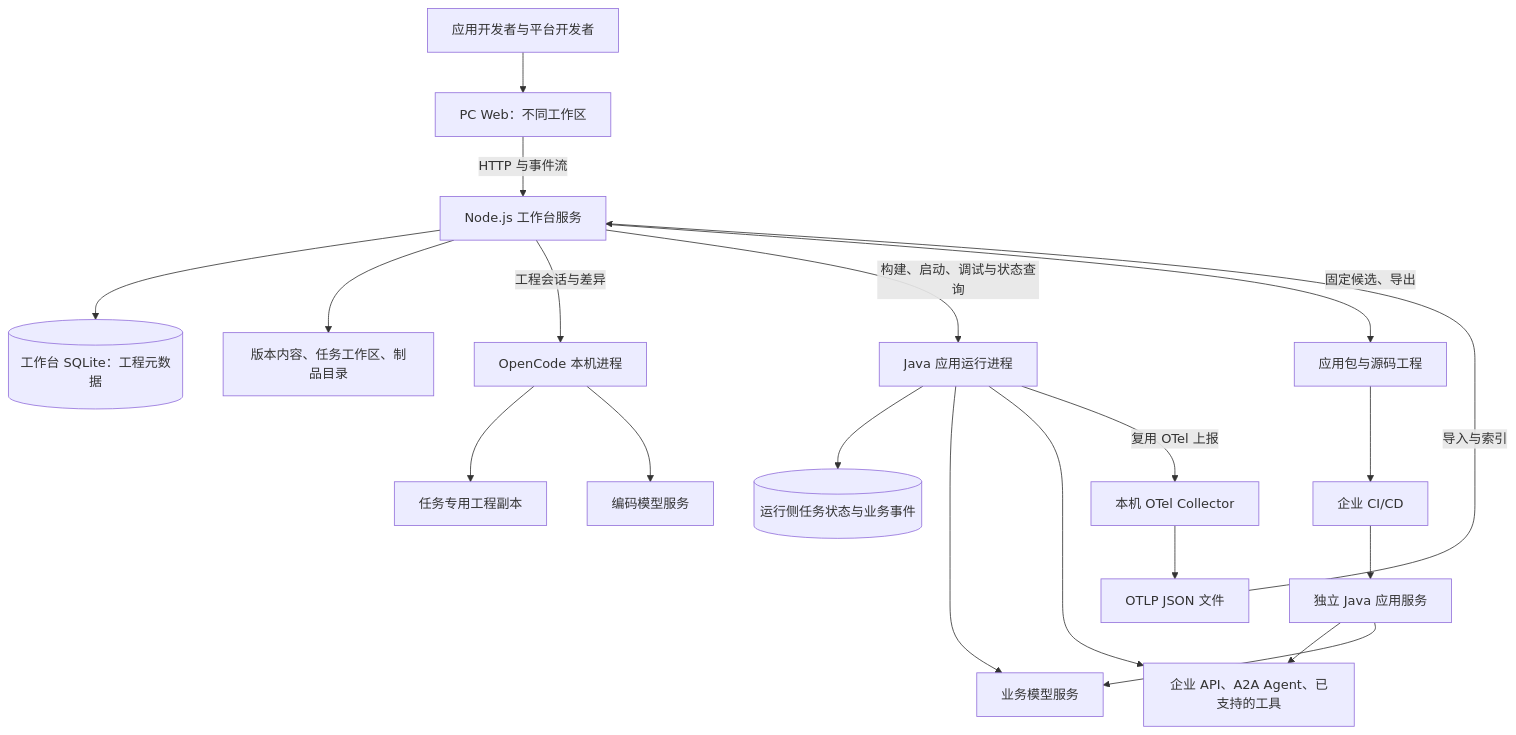
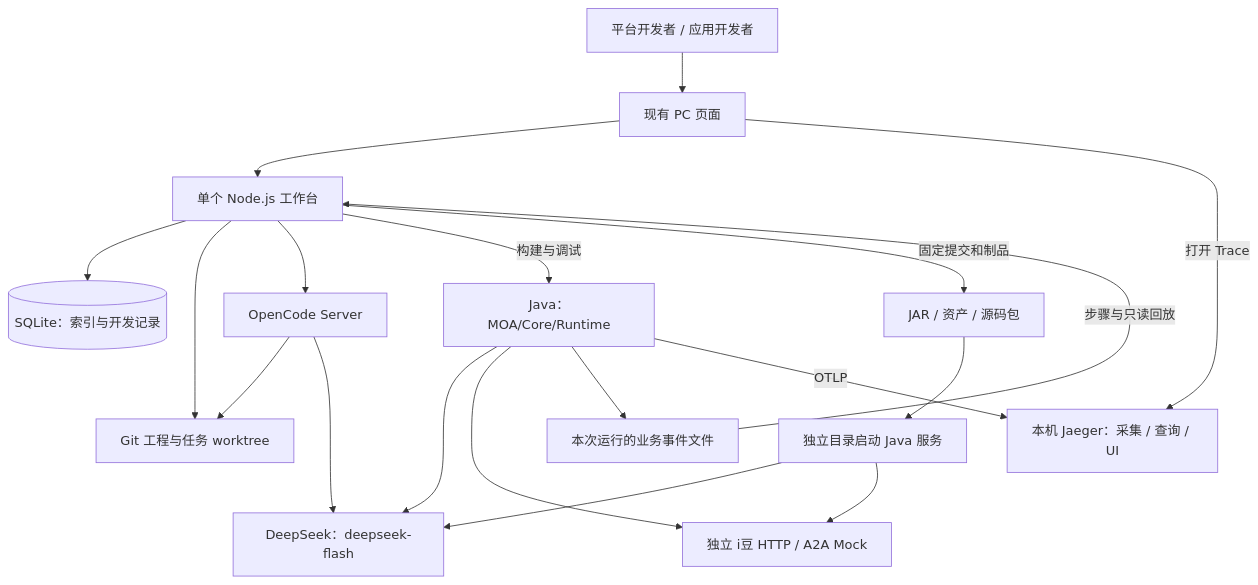
Before and after one commit to Vincenttao/agent-builder-java: the first of 3 diagrams in docs/Agent开发工作台_技术架构设计_v2.0.md, drawn with Mermaid. The commit also changed other lines of this file and 4 other files, not shown here.

First line of the commit message:
docs: simplify runnable demo architecture and add DeepSeek test setup

````diff
--- a/docs/Agent开发工作台_技术架构设计_v2.0.md
+++ b/docs/Agent开发工作台_技术架构设计_v2.0.md
@@ -28,22 +41,21 @@
 ```mermaid
 flowchart TB
-  U[应用开发者与平台开发者] --> UI[PC Web：不同工作区]
-  UI -->|HTTP 与事件流| WB[Node.js 工作台服务]
-  WB --> META[(工作台 SQLite：工程元数据)]
-  WB --> FS[版本内容、任务工作区、制品目录]
-  WB -->|工程会话与差异| OC[OpenCode 本机进程]
-  OC --> TMP[任务专用工程副本]
-  WB -->|构建、启动、调试与状态查询| JR[Java 应用运行进程]
-  JR --> STATE[(运行侧任务状态与业务事件)]
-  JR --> MODEL[业务模型服务]
-  OC --> CODING[编码模型服务]
-  JR --> CAP[企业 API、A2A Agent、已支持的工具]
-  JR -->|复用 OTel 上报| COL[本机 OTel Collector]
-  COL --> TRACE[OTLP JSON 文件]
-  TRACE -->|导入与索引| WB
-  WB -->|固定候选、导出| PKG[应用包与源码工程]
-  PKG --> CI[企业 CI/CD]
-  CI --> PROD[独立 Java 应用服务]
-  PROD --> CAP
-  PROD --> MODEL
+  U[平台开发者 / 应用开发者] --> WEB[现有 PC 页面]
+  WEB --> WB[单个 Node.js 工作台]
+  WB --> META[(SQLite：索引与开发记录)]
+  WB --> GIT[Git 工程与任务 worktree]
+  WB --> OC[OpenCode Server]
+  OC --> GIT
+  OC --> DS[DeepSeek：deepseek-flash]
+  WB -->|构建与调试| JAVA[Java：MOA/Core/Runtime]
+  JAVA --> DS
+  JAVA --> MOCK[独立 i豆 HTTP / A2A Mock]
+  JAVA --> EV[本次运行的业务事件文件]
+  EV -->|步骤与只读回放| WB
+  JAVA -->|OTLP| JAEGER[本机 Jaeger：采集 / 查询 / UI]
+  WEB -->|打开 Trace| JAEGER
+  WB -->|固定提交和制品| PKG[JAR / 资产 / 源码包]
+  PKG --> RUN[独立目录启动 Java 服务]
+  RUN --> DS
+  RUN --> MOCK
 ```
````
